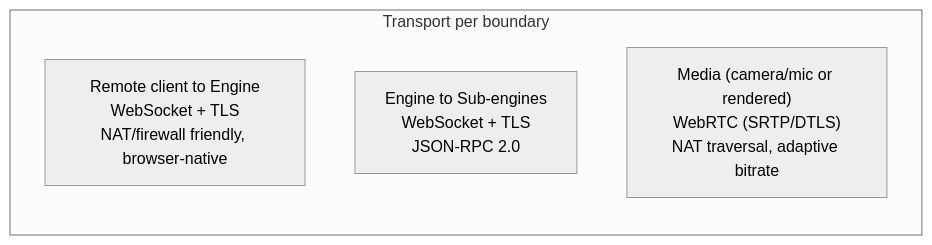
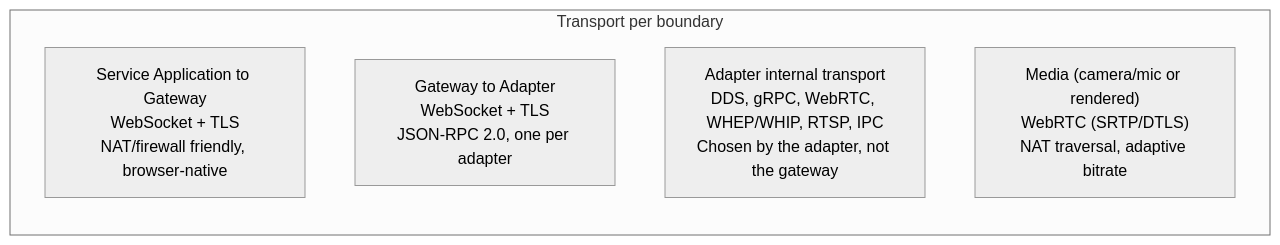
Before and after one commit to openrois/openrois-docs: the diagram in docs/White Paper/transport-strategy.md, drawn with Mermaid (neutral theme). The commit also changed other lines of this file and 20 other files, not shown here.

Commit message:
docs: update website structure to reflect latest architecture

````diff
--- a/docs/White Paper/transport-strategy.md
+++ b/docs/White Paper/transport-strategy.md
@@ -11,9 +11,10 @@
 ```mermaid
 flowchart LR
     subgraph Boundaries["Transport per boundary"]
         direction TB
-        B1["Remote client to Engine<br/>WebSocket + TLS<br/>NAT/firewall friendly, browser-native"]
-        B4["Engine to Sub-engines<br/>WebSocket + TLS<br/>JSON-RPC 2.0"]
-        B5["Media (camera/mic or rendered)<br/>WebRTC (SRTP/DTLS)<br/>NAT traversal, adaptive bitrate"]
+        B1["Service Application to Gateway<br/>WebSocket + TLS<br/>NAT/firewall friendly, browser-native"]
+        B2["Gateway to Adapter<br/>WebSocket + TLS<br/>JSON-RPC 2.0, one per adapter"]
+        B3["Adapter internal transport<br/>DDS, gRPC, WebRTC, WHEP/WHIP, RTSP, IPC<br/>Chosen by the adapter, not the gateway"]
+        B4["Media (camera/mic or rendered)<br/>WebRTC (SRTP/DTLS)<br/>NAT traversal, adaptive bitrate"]
     end
 ```
````
